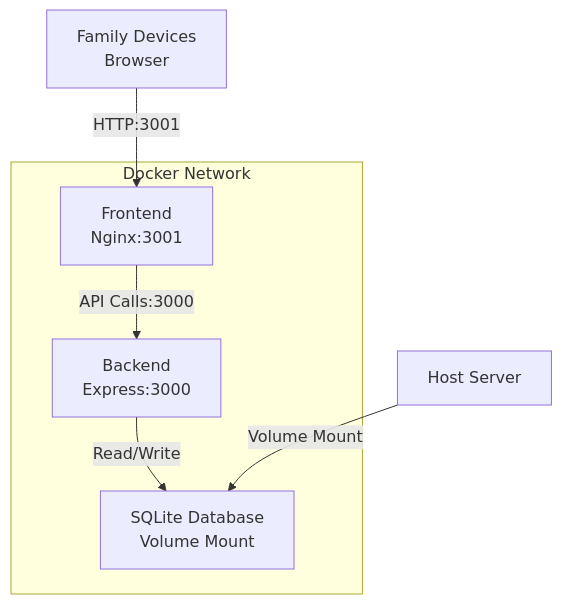
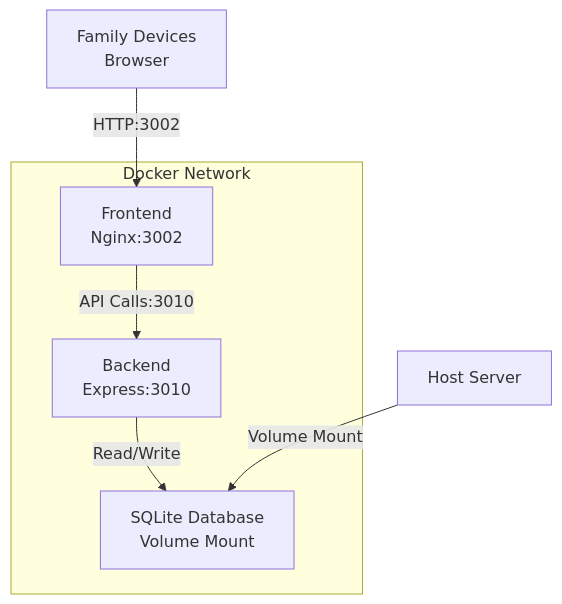
The diagram in docs/DOCKER-CONFIGURATION.md (thitar/chore-ganizer), drawn with Mermaid before and after one commit. The commit also changed other lines of this file and 13 other files, not shown here.

````diff
--- a/docs/DOCKER-CONFIGURATION.md
+++ b/docs/DOCKER-CONFIGURATION.md
@@ -33,14 +33,14 @@
 ```mermaid
 graph TB
     subgraph "Docker Network"
-        A[Frontend<br/>Nginx:3001]
-        B[Backend<br/>Express:3000]
+        A[Frontend<br/>Nginx:3002]
+        B[Backend<br/>Express:3010]
         C[SQLite Database<br/>Volume Mount]
     end
     
-    D[Family Devices<br/>Browser] -->|HTTP:3001| A
-    A -->|API Calls:3000| B
+    D[Family Devices<br/>Browser] -->|HTTP:3002| A
+    A -->|API Calls:3010| B
     B -->|Read/Write| C
     
     E[Host Server] -->|Volume Mount| C
 ```
````
